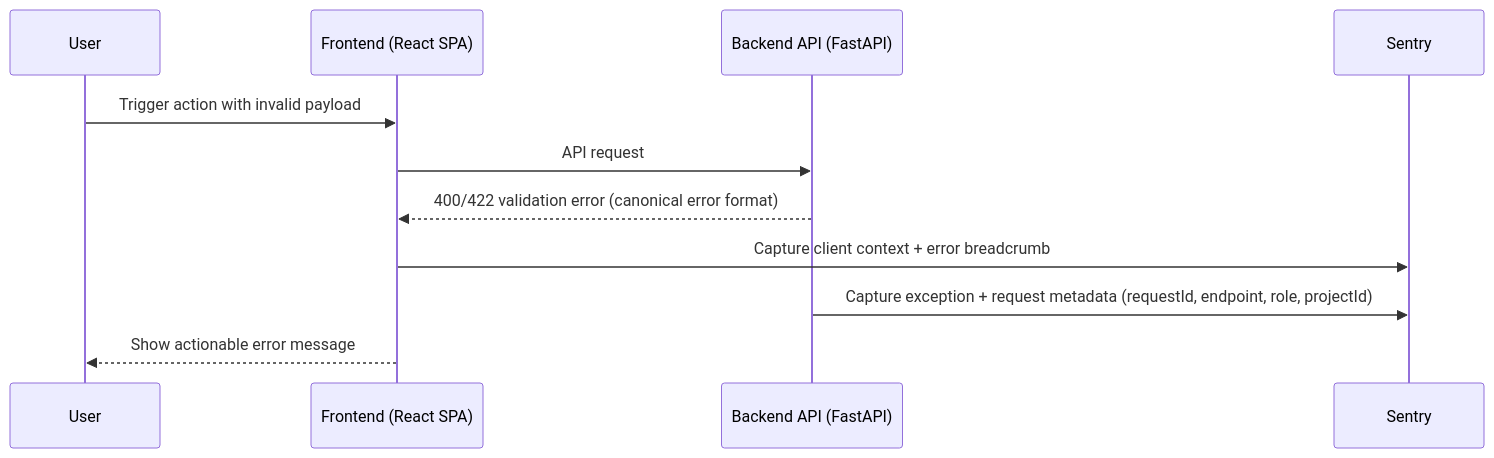
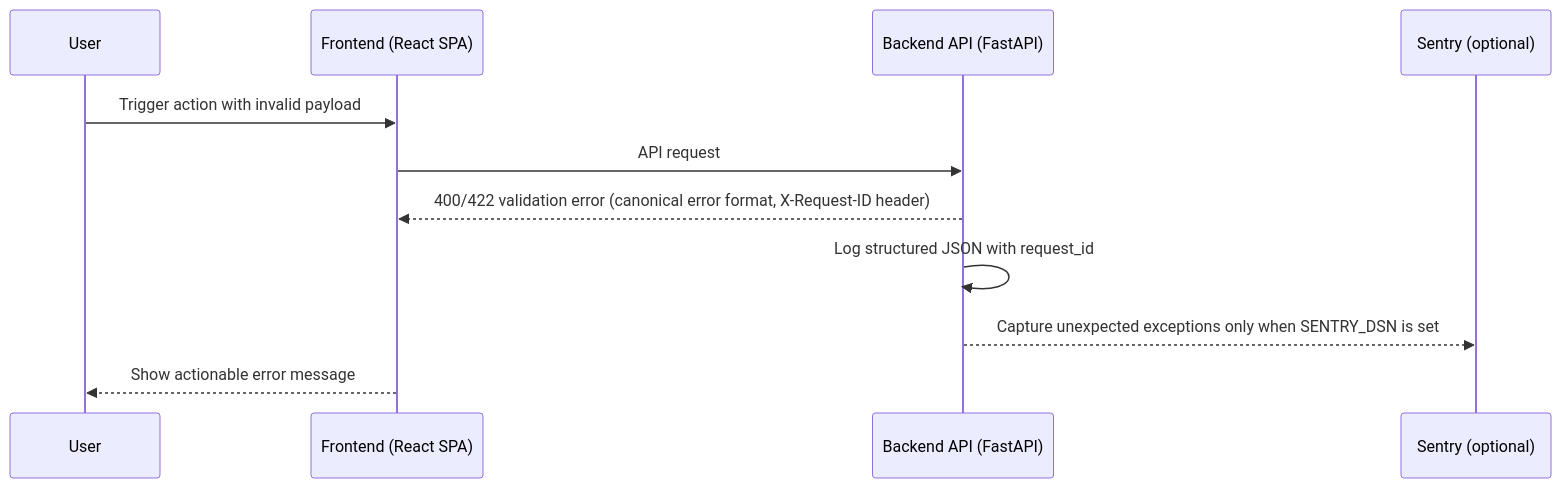
Before and after one commit to alonsovndev/open-projects-hub-docs: the fifth of 13 diagrams in docs/03-architecture/diagrams/sequence-diagrams.md, drawn with Mermaid. The commit also changed other lines of this file and 14 other files, not shown here.

First line of the commit message:
docs(architecture): describe the deployed Cloudflare and EC2 stack

````diff
--- a/docs/03-architecture/diagrams/sequence-diagrams.md
+++ b/docs/03-architecture/diagrams/sequence-diagrams.md
@@ -125,14 +122,14 @@
 ```mermaid
 sequenceDiagram
     participant User
     participant FE as Frontend (React SPA)
     participant BE as Backend API (FastAPI)
-    participant Sentry
+    participant Sentry as Sentry (optional)
 
     User->>FE: Trigger action with invalid payload
     FE->>BE: API request
-    BE-->>FE: 400/422 validation error (canonical error format)
-    FE->>Sentry: Capture client context + error breadcrumb
-    BE->>Sentry: Capture exception + request metadata (requestId, endpoint, role, projectId)
+    BE-->>FE: 400/422 validation error (canonical error format, X-Request-ID header)
+    BE->>BE: Log structured JSON with request_id
+    BE-->>Sentry: Capture unexpected exceptions only when SENTRY_DSN is set
     FE-->>User: Show actionable error message
 ```
````
